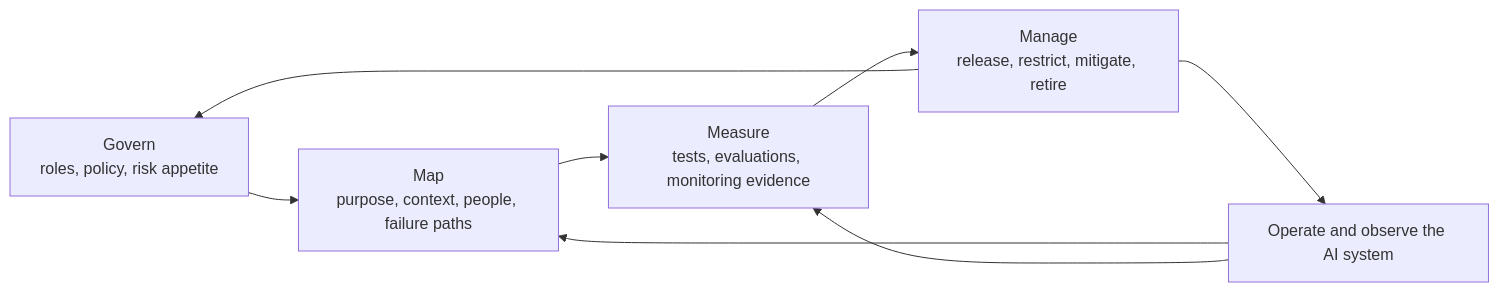
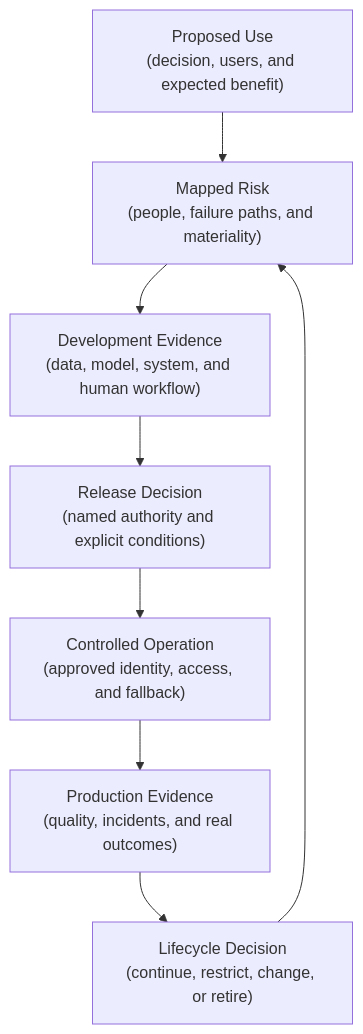
Before and after one commit to senlinyy/dev-roadmaps: the first of 13 diagrams in roadmaps/mlops/modules/governance-and-responsible-ai/governance/01-model-governance-explained.md, drawn with Mermaid. The commit also changed other lines of this file and 152 other files, not shown here.

Commit message:
feat: mlops and diagrams updated

````diff
--- a/roadmaps/mlops/modules/governance-and-responsible-ai/governance/01-model-governance-explained.md
+++ b/roadmaps/mlops/modules/governance-and-responsible-ai/governance/01-model-governance-explained.md
@@ -48,10 +41,6 @@
 ```mermaid
-flowchart LR
-    G["Govern<br/>roles, policy, risk appetite"] --> M["Map<br/>purpose, context, people, failure paths"]
-    M --> E["Measure<br/>tests, evaluations, monitoring evidence"]
-    E --> D["Manage<br/>release, restrict, mitigate, retire"]
-    D --> O["Operate and observe the AI system"]
-    O --> M
-    O --> E
-    D --> G
+flowchart TD
+    A["Proposed Use<br/>(decision, users, and expected benefit)"] --> B["Mapped Risk<br/>(people, failure paths, and materiality)"] --> C["Development Evidence<br/>(data, model, system, and human workflow)"]
+    C --> D["Release Decision<br/>(named authority and explicit conditions)"] --> E["Controlled Operation<br/>(approved identity, access, and fallback)"]
+    E --> F["Production Evidence<br/>(quality, incidents, and real outcomes)"] --> G["Lifecycle Decision<br/>(continue, restrict, change, or retire)"] --> B
 ```
````
